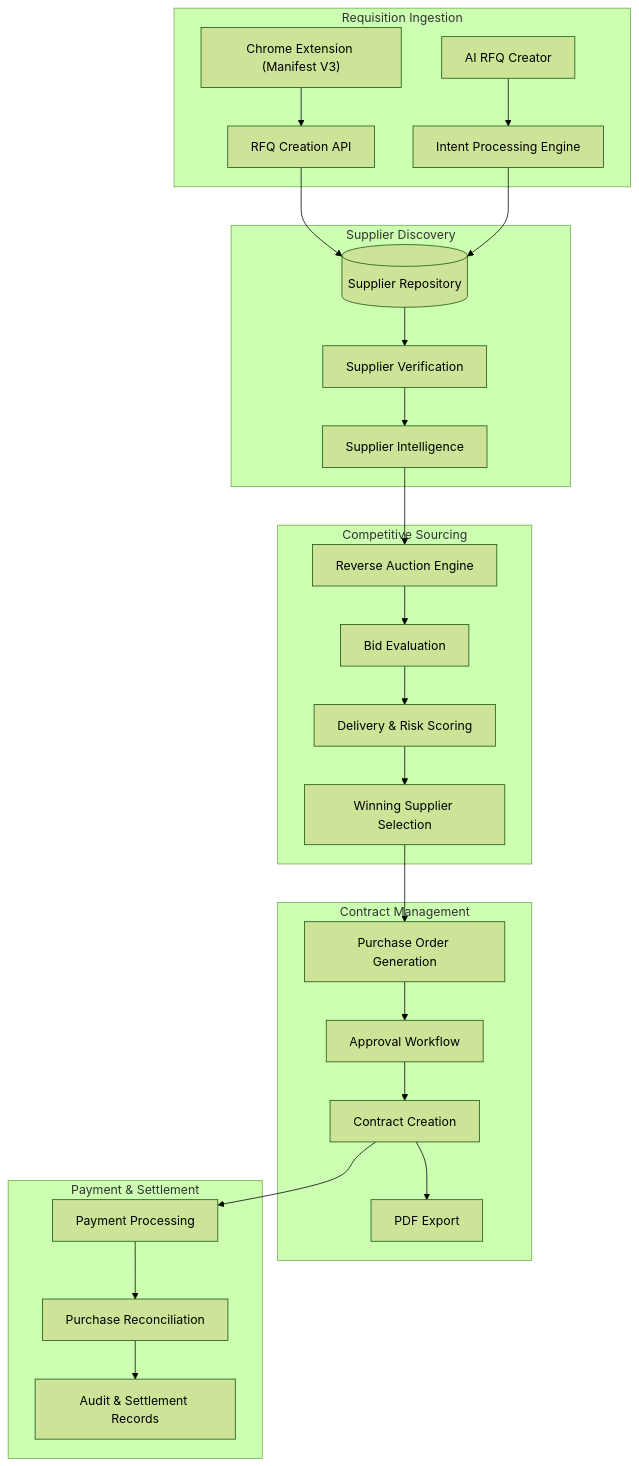
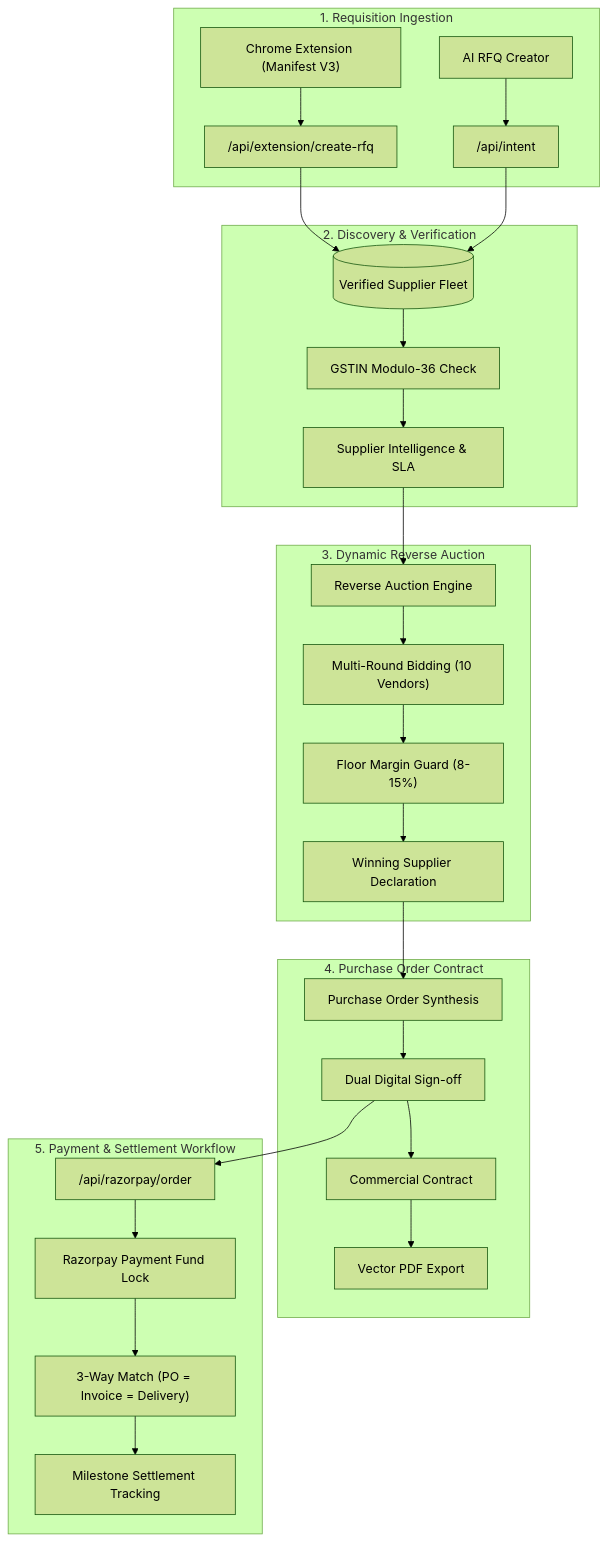
Before and after one commit to prabjyotsingh/razorpay-auctraai: the diagram in README.md, drawn with Mermaid (forest theme). The commit also changed other lines of this file and 32 other files, not shown here.

Commit message:
feat: enterprise procurement platform with reverse auction deflation curve, 10-vendor bidding, and razorpay settlement

````diff
--- a/README.md
+++ b/README.md
@@ -146,37 +146,38 @@
 ```mermaid
 graph TD
 
-    subgraph S1["Requisition Ingestion"]
+    subgraph S1["1. Requisition Ingestion"]
         EXT["Chrome Extension (Manifest V3)"]
         WEB["AI RFQ Creator"]
-        EXT --> API_INGEST["RFQ Creation API"]
-        WEB --> API_INTENT["Intent Processing Engine"]
+        EXT --> API_INGEST["/api/extension/create-rfq"]
+        WEB --> API_INTENT["/api/intent"]
     end
 
-    subgraph S2["Supplier Discovery"]
-        API_INGEST --> SUP_DB[("Supplier Repository")]
+    subgraph S2["2. Discovery & Verification"]
+        API_INGEST --> SUP_DB[("Verified Supplier Fleet")]
         API_INTENT --> SUP_DB
-        SUP_DB --> VERIFY["Supplier Verification"]
-        VERIFY --> PROFILE["Supplier Intelligence"]
+        SUP_DB --> VERIFY["GSTIN Modulo-36 Check"]
+        VERIFY --> PROFILE["Supplier Intelligence & SLA"]
     end
 
-    subgraph S3["Competitive Sourcing"]
+    subgraph S3["3. Dynamic Reverse Auction"]
         PROFILE --> AUCTION["Reverse Auction Engine"]
-        AUCTION --> RANKING["Bid Evaluation"]
-        RANKING --> SLA["Delivery & Risk Scoring"]
-        SLA --> WINNER["Winning Supplier Selection"]
+        AUCTION --> RANKING["Multi-Round Bidding (10 Vendors)"]
+        RANKING --> SLA["Floor Margin Guard (8-15%)"]
+        SLA --> WINNER["Winning Supplier Declaration"]
     end
 
-    subgraph S4["Contract Management"]
-        WINNER --> PO["Purchase Order Generation"]
-        PO --> APPROVAL["Approval Workflow"]
-        APPROVAL --> CONTRACT["Contract Creation"]
-        CONTRACT --> EXPORT["PDF Export"]
+    subgraph S4["4. Purchase Order Contract"]
+        WINNER --> PO["Purchase Order Synthesis"]
+        PO --> APPROVAL["Dual Digital Sign-off"]
+        APPROVAL --> CONTRACT["Commercial Contract"]
+        CONTRACT --> EXPORT["Vector PDF Export"]
     end
 
-    subgraph S5["Payment & Settlement"]
-        CONTRACT --> PAYMENT["Payment Processing"]
-        PAYMENT --> RECON["Purchase Reconciliation"]
-        RECON --> AUDIT["Audit & Settlement Records"]
+    subgraph S5["5. Payment & Settlement Workflow"]
+        APPROVAL --> RZP_ORDER["/api/razorpay/order"]
+        RZP_ORDER --> RZP_ESCROW["Razorpay Payment Fund Lock"]
+        RZP_ESCROW --> THREE_WAY["3-Way Match (PO = Invoice = Delivery)"]
+        THREE_WAY --> RZP_SETTLE["Milestone Settlement Tracking"]
     end
 ```
````
